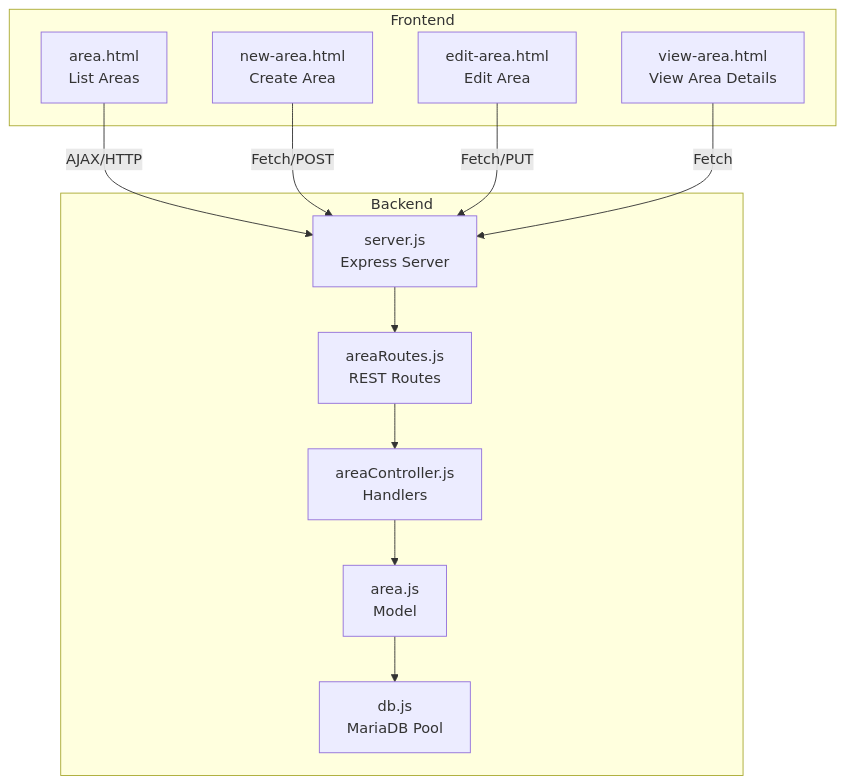
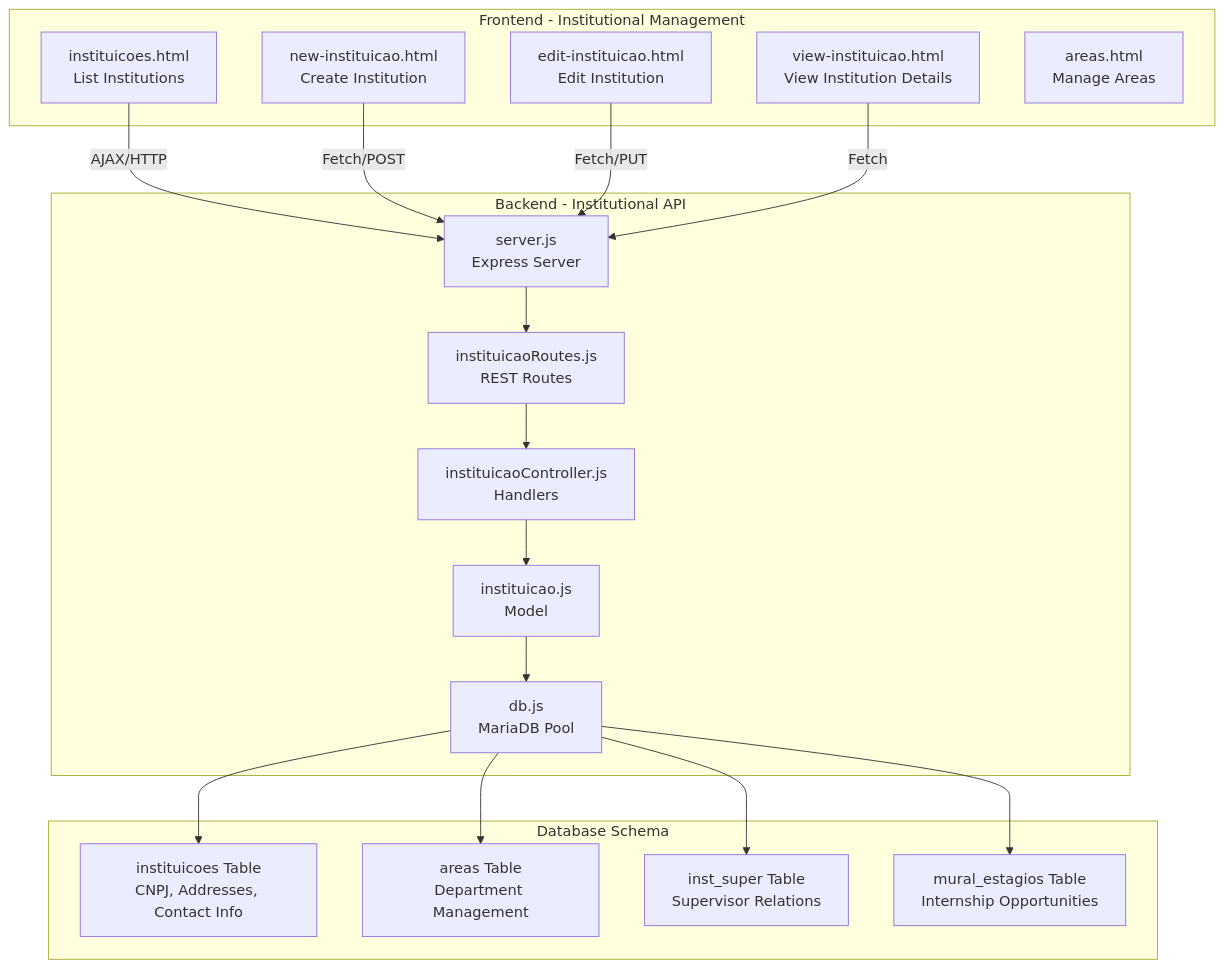
Before and after one commit to luiseduacosta/nodemural: the first of 6 diagrams in .qoder/repowiki/en/content/Core Features Implementation/Institutional Management.md, drawn with Mermaid. The commit also changed other lines of this file and 27 other files, not shown here.

````diff
--- a/.qoder/repowiki/en/content/Core Features Implementation/Institutional Management.md
+++ b/.qoder/repowiki/en/content/Core Features Implementation/Institutional Management.md
@@ -43,24 +52,35 @@
 ```mermaid
 graph TB
-subgraph "Frontend"
-A["area.html<br/>List Areas"]
-B["new-area.html<br/>Create Area"]
-C["edit-area.html<br/>Edit Area"]
-D["view-area.html<br/>View Area Details"]
+subgraph "Frontend - Institutional Management"
+A["instituicoes.html<br/>List Institutions"]
+B["new-instituicao.html<br/>Create Institution"]
+C["edit-instituicao.html<br/>Edit Institution"]
+D["view-instituicao.html<br/>View Institution Details"]
+E["areas.html<br/>Manage Areas"]
 end
-subgraph "Backend"
+subgraph "Backend - Institutional API"
 S["server.js<br/>Express Server"]
-R["areaRoutes.js<br/>REST Routes"]
-Ctl["areaController.js<br/>Handlers"]
-M["area.js<br/>Model"]
+R["instituicaoRoutes.js<br/>REST Routes"]
+Ctl["instituicaoController.js<br/>Handlers"]
+M["instituicao.js<br/>Model"]
 DB["db.js<br/>MariaDB Pool"]
+end
+subgraph "Database Schema"
+T["instituicoes Table<br/>CNPJ, Addresses, Contact Info"]
+U["areas Table<br/>Department Management"]
+V["inst_super Table<br/>Supervisor Relations"]
+W["mural_estagios Table<br/>Internship Opportunities"]
 end
 A --> |AJAX/HTTP| S
 B --> |Fetch/POST| S
 C --> |Fetch/PUT| S
 D --> |Fetch| S
 S --> R
 R --> Ctl
 Ctl --> M
 M --> DB
+DB --> T
+DB --> U
+DB --> V
+DB --> W
 ```
````
